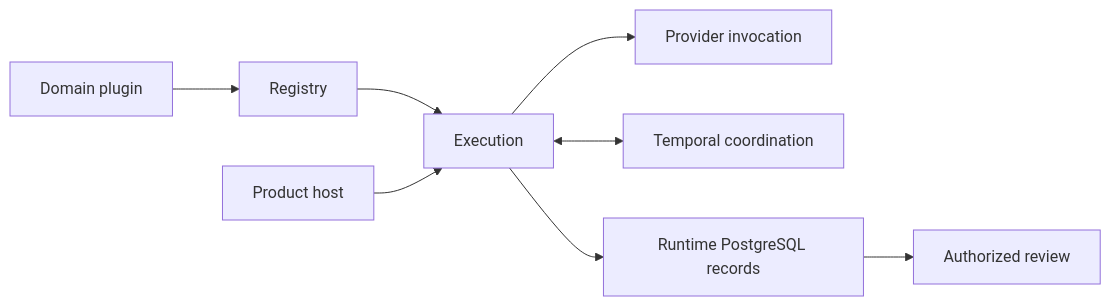
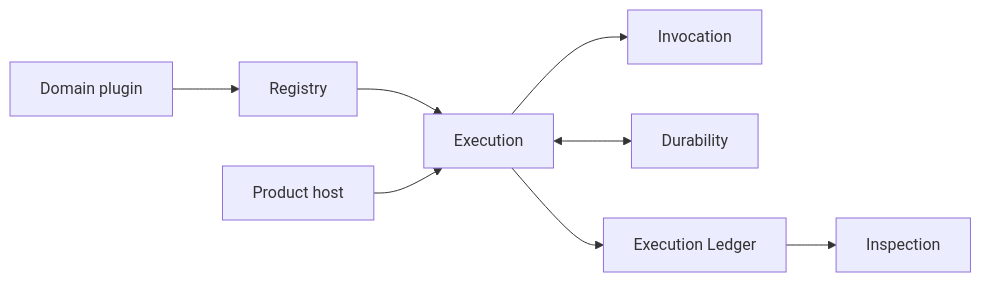
One commit to bobaoai/agent_runtime changed the fourth of 6 diagrams in src/agent_runtime/design_contract/the_agent_runtime.md. Above: the diagram before and after it, drawn with Mermaid. The commit also changed other lines of this file and 53 other files, not shown here.

First line of the commit message:
refactor: separate runtime architecture axes

````diff
--- a/src/agent_runtime/design_contract/the_agent_runtime.md
+++ b/src/agent_runtime/design_contract/the_agent_runtime.md
@@ -267,10 +270,10 @@
 ```mermaid
 flowchart LR
     PLUGIN["Domain plugin"] --> REGISTRY["Registry"]
     REGISTRY --> EXECUTION["Execution"]
     HOST["Product host"] --> EXECUTION
-    EXECUTION --> PROVIDER["Provider invocation"]
-    EXECUTION <--> DURABILITY["Temporal coordination"]
-    EXECUTION --> POSTGRES["Runtime PostgreSQL records"]
-    POSTGRES --> REVIEW["Authorized review"]
+    EXECUTION --> INVOCATION["Invocation"]
+    EXECUTION <--> DURABILITY["Durability"]
+    EXECUTION --> LEDGER["Execution Ledger"]
+    LEDGER --> INSPECTION["Inspection"]
 ```
````
